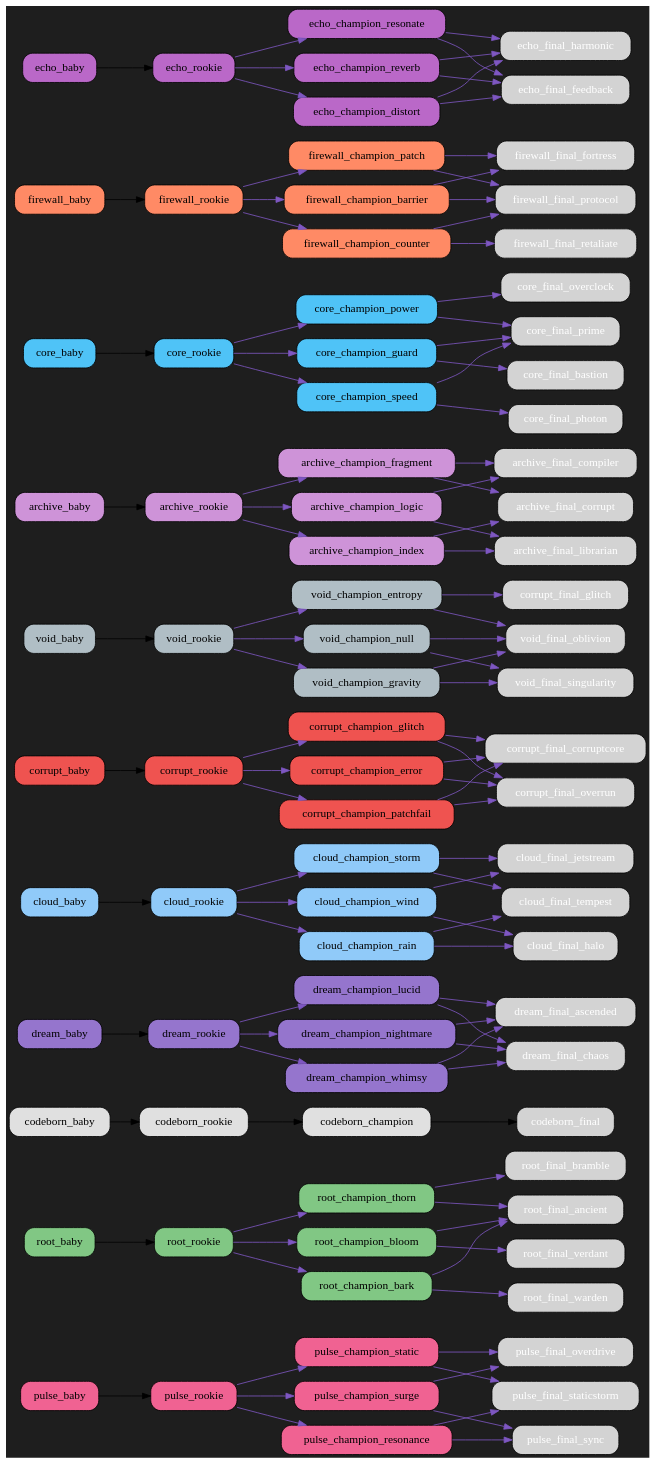
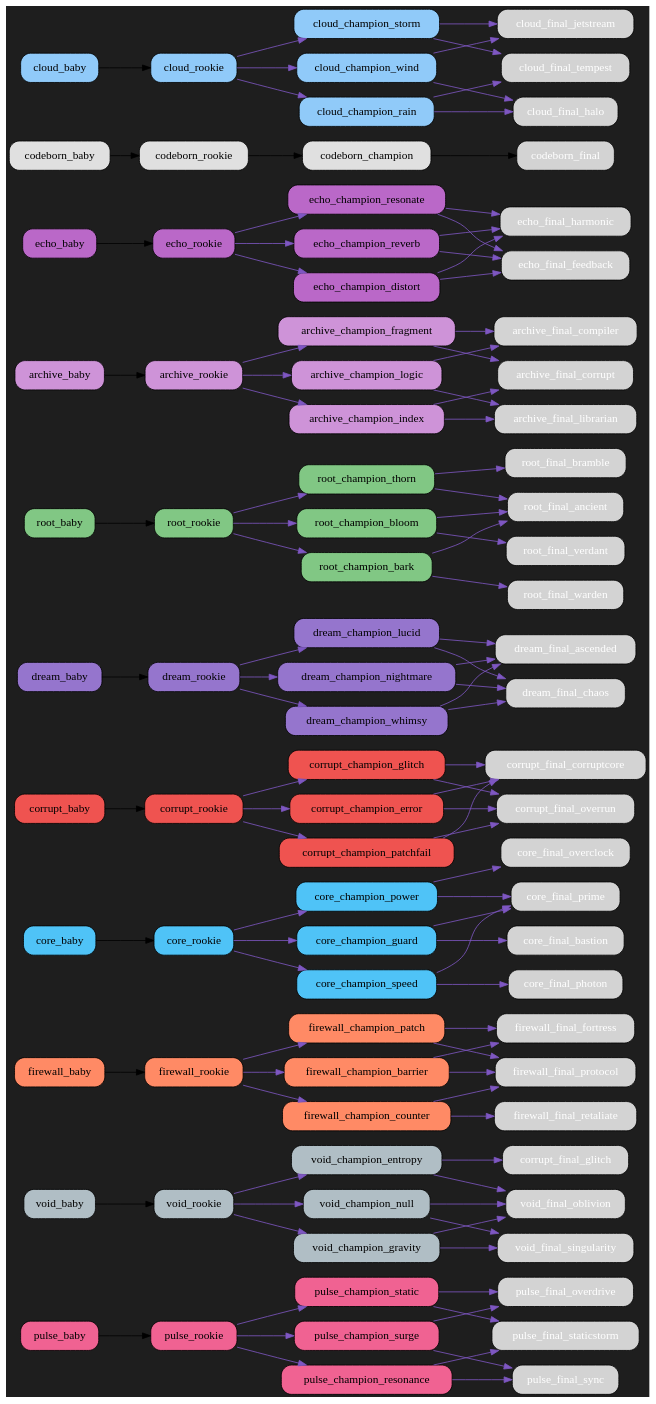
Before and after one commit to bwlight/NetGrid: the diagram in src/netgrid/systems/evolution/graphs/dark/evolution_graph_dark.dot, drawn with Graphviz. The commit also changed other lines of this file and 8 other files, not shown here.

Commit message:
Auto-update evolution graphs

```diff
--- a/src/netgrid/systems/evolution/graphs/dark/evolution_graph_dark.dot
+++ b/src/netgrid/systems/evolution/graphs/dark/evolution_graph_dark.dot
@@ -17,6 +17,81 @@
   "pulse_champion_static" [fillcolor="#f06292", fontcolor="black"];
   "pulse_champion_static" -> "pulse_final_staticstorm" [color="#7e57c2"];
   "pulse_champion_static" -> "pulse_final_overdrive" [color="#7e57c2"];
+  "void_baby" [fillcolor="#b0bec5", fontcolor="black"];
+  "void_baby" -> "void_rookie";
+  "void_rookie" [fillcolor="#b0bec5", fontcolor="black"];
+  "void_rookie" -> "void_champion_entropy" [color="#7e57c2"];
+  "void_rookie" -> "void_champion_gravity" [color="#7e57c2"];
+  "void_rookie" -> "void_champion_null" [color="#7e57c2"];
+  "void_champion_entropy" [fillcolor="#b0bec5", fontcolor="black"];
+  "void_champion_entropy" -> "corrupt_final_glitch" [color="#7e57c2"];
+  "void_champion_entropy" -> "void_final_oblivion" [color="#7e57c2"];
+  "void_champion_gravity" [fillcolor="#b0bec5", fontcolor="black"];
+  "void_champion_gravity" -> "void_final_singularity" [color="#7e57c2"];
+  "void_champion_gravity" -> "void_final_oblivion" [color="#7e57c2"];
+  "void_champion_null" [fillcolor="#b0bec5", fontcolor="black"];
+  "void_champion_null" -> "void_final_oblivion" [color="#7e57c2"];
+  "void_champion_null" -> "void_final_singularity" [color="#7e57c2"];
+  "firewall_baby" [fillcolor="#ff8a65", fontcolor="black"];
+  "firewall_baby" -> "firewall_rookie";
+  "firewall_rookie" [fillcolor="#ff8a65", fontcolor="black"];
+  "firewall_rookie" -> "firewall_champion_barrier" [color="#7e57c2"];
+  "firewall_rookie" -> "firewall_champion_counter" [color="#7e57c2"];
+  "firewall_rookie" -> "firewall_champion_patch" [color="#7e57c2"];
+  "firewall_champion_barrier" [fillcolor="#ff8a65", fontcolor="black"];
+  "firewall_champion_barrier" -> "firewall_final_fortress" [color="#7e57c2"];
+  "firewall_champion_barrier" -> "firewall_final_protocol" [color="#7e57c2"];
+  "firewall_champion_counter" [fillcolor="#ff8a65", fontcolor="black"];
+  "firewall_champion_counter" -> "firewall_final_retaliate" [color="#7e57c2"];
+  "firewall_champion_counter" -> "firewall_final_protocol" [color="#7e57c2"];
+  "firewall_champion_patch" [fillcolor="#ff8a65", fontcolor="black"];
+  "firewall_champion_patch" -> "firewall_final_protocol" [color="#7e57c2"];
+  "firewall_champion_patch" -> "firewall_final_fortress" [color="#7e57c2"];
+  "core_baby" [fillcolor="#4fc3f7", fontcolor="black"];
+  "core_baby" -> "core_rookie";
+  "core_rookie" [fillcolor="#4fc3f7", fontcolor="black"];
+  "core_rookie" -> "core_champion_power" [color="#7e57c2"];
+  "core_rookie" -> "core_champion_guard" [color="#7e57c2"];
+  "core_rookie" -> "core_champion_speed" [color="#7e57c2"];
+  "core_champion_power" [fillcolor="#4fc3f7", fontcolor="black"];
+  "core_champion_power" -> "core_final_overclock" [color="#7e57c2"];
+  "core_champion_power" -> "core_final_prime" [color="#7e57c2"];
+  "core_champion_guard" [fillcolor="#4fc3f7", fontcolor="black"];
+  "core_champion_guard" -> "core_final_bastion" [color="#7e57c2"];
+  "core_champion_guard" -> "core_final_prime" [color="#7e57c2"];
+  "core_champion_speed" [fillcolor="#4fc3f7", fontcolor="black"];
+  "core_champion_speed" -> "core_final_photon" [color="#7e57c2"];
+  "core_champion_speed" -> "core_final_prime" [color="#7e57c2"];
+  "corrupt_baby" [fillcolor="#ef5350", fontcolor="black"];
+  "corrupt_baby" -> "corrupt_rookie";
+  "corrupt_rookie" [fillcolor="#ef5350", fontcolor="black"];
+  "corrupt_rookie" -> "corrupt_champion_glitch" [color="#7e57c2"];
+  "corrupt_rookie" -> "corrupt_champion_error" [color="#7e57c2"];
+  "corrupt_rookie" -> "corrupt_champion_patchfail" [color="#7e57c2"];
+  "corrupt_champion_glitch" [fillcolor="#ef5350", fontcolor="black"];
+  "corrupt_champion_glitch" -> "corrupt_final_corruptcore" [color="#7e57c2"];
+  "corrupt_champion_glitch" -> "corrupt_final_overrun" [color="#7e57c2"];
+  "corrupt_champion_error" [fillcolor="#ef5350", fontcolor="black"];
+  "corrupt_champion_error" -> "corrupt_final_overrun" [color="#7e57c2"];
+  "corrupt_champion_error" -> "corrupt_final_corruptcore" [color="#7e57c2"];
+  "corrupt_champion_patchfail" [fillcolor="#ef5350", fontcolor="black"];
+  "corrupt_champion_patchfail" -> "corrupt_final_corruptcore" [color="#7e57c2"];
+  "corrupt_champion_patchfail" -> "corrupt_final_overrun" [color="#7e57c2"];
+  "dream_baby" [fillcolor="#9575cd", fontcolor="black"];
+  "dream_baby" -> "dream_rookie";
+  "dream_rookie" [fillcolor="#9575cd", fontcolor="black"];
+  "dream_rookie" -> "dream_champion_lucid" [color="#7e57c2"];
+  "dream_rookie" -> "dream_champion_nightmare" [color="#7e57c2"];
+  "dream_rookie" -> "dream_champion_whimsy" [color="#7e57c2"];
+  "dream_champion_lucid" [fillcolor="#9575cd", fontcolor="black"];
+  "dream_champion_lucid" -> "dream_final_ascended" [color="#7e57c2"];
+  "dream_champion_lucid" -> "dream_final_chaos" [color="#7e57c2"];
+  "dream_champion_nightmare" [fillcolor="#9575cd", fontcolor="black"];
+  "dream_champion_nightmare" -> "dream_final_chaos" [color="#7e57c2"];
+  "dream_champion_nightmare" -> "dream_final_ascended" [color="#7e57c2"];
+  "dream_champion_whimsy" [fillcolor="#9575cd", fontcolor="black"];
+  "dream_champion_whimsy" -> "dream_final_ascended" [color="#7e57c2"];
+  "dream_champion_whimsy" -> "dream_final_chaos" [color="#7e57c2"];
   "root_baby" [fillcolor="#81c784", fontcolor="black"];
   "root_baby" -> "root_rookie";
   "root_rookie" [fillcolor="#81c784", fontcolor="black"];
@@ -32,27 +107,42 @@
   "root_champion_bark" [fillcolor="#81c784", fontcolor="black"];
   "root_champion_bark" -> "root_final_warden" [color="#7e57c2"];
   "root_champion_bark" -> "root_final_ancient" [color="#7e57c2"];
+  "archive_baby" [fillcolor="#ce93d8", fontcolor="black"];
+  "archive_baby" -> "archive_rookie";
+  "archive_rookie" [fillcolor="#ce93d8", fontcolor="black"];
+  "archive_rookie" -> "archive_champion_logic" [color="#7e57c2"];
+  "archive_rookie" -> "archive_champion_index" [color="#7e57c2"];
+  "archive_rookie" -> "archive_champion_fragment" [color="#7e57c2"];
+  "archive_champion_logic" [fillcolor="#ce93d8", fontcolor="black"];
+  "archive_champion_logic" -> "archive_final_compiler" [color="#7e57c2"];
+  "archive_champion_logic" -> "archive_final_librarian" [color="#7e57c2"];
+  "archive_champion_index" [fillcolor="#ce93d8", fontcolor="black"];
+  "archive_champion_index" -> "archive_final_librarian" [color="#7e57c2"];
+  "archive_champion_index" -> "archive_final_corrupt" [color="#7e57c2"];
+  "archive_champion_fragment" [fillcolor="#ce93d8", fontcolor="black"];
+  "archive_champion_fragment" -> "archive_final_corrupt" [color="#7e57c2"];
+  "archive_champion_fragment" -> "archive_final_compiler" [color="#7e57c2"];
+  "echo_baby" [fillcolor="#ba68c8", fontcolor="black"];
+  "echo_baby" -> "echo_rookie";
+  "echo_rookie" [fillcolor="#ba68c8", fontcolor="black"];
+  "echo_rookie" -> "echo_champion_resonate" [color="#7e57c2"];
+  "echo_rookie" -> "echo_champion_reverb" [color="#7e57c2"];
+  "echo_rookie" -> "echo_champion_distort" [color="#7e57c2"];
+  "echo_champion_resonate" [fillcolor="#ba68c8", fontcolor="black"];
+  "echo_champion_resonate" -> "echo_final_harmonic" [color="#7e57c2"];
+  "echo_champion_resonate" -> "echo_final_feedback" [color="#7e57c2"];
+  "echo_champion_reverb" [fillcolor="#ba68c8", fontcolor="black"];
+  "echo_champion_reverb" -> "echo_final_feedback" [color="#7e57c2"];
+  "echo_champion_reverb" -> "echo_final_harmonic" [color="#7e57c2"];
+  "echo_champion_distort" [fillcolor="#ba68c8", fontcolor="black"];
+  "echo_champion_distort" -> "echo_final_feedback" [color="#7e57c2"];
+  "echo_champion_distort" -> "echo_final_harmonic" [color="#7e57c2"];
   "codeborn_baby" [fillcolor="#e0e0e0", fontcolor="black"];
   "codeborn_baby" -> "codeborn_rookie";
   "codeborn_rookie" [fillcolor="#e0e0e0", fontcolor="black"];
   "codeborn_rookie" -> "codeborn_champion";
   "codeborn_champion" [fillcolor="#e0e0e0", fontcolor="black"];
   "codeborn_champion" -> "codeborn_final";
-  "dream_baby" [fillcolor="#9575cd", fontcolor="black"];
-  "dream_baby" -> "dream_rookie";
-  "dream_rookie" [fillcolor="#9575cd", fontcolor="black"];
-  "dream_rookie" -> "dream_champion_lucid" [color="#7e57c2"];
-  "dream_rookie" -> "dream_champion_nightmare" [color="#7e57c2"];
-  "dream_rookie" -> "dream_champion_whimsy" [color="#7e57c2"];
-  "dream_champion_lucid" [fillcolor="#9575cd", fontcolor="black"];
-  "dream_champion_lucid" -> "dream_final_ascended" [color="#7e57c2"];
-  "dream_champion_lucid" -> "dream_final_chaos" [color="#7e57c2"];
-  "dream_champion_nightmare" [fillcolor="#9575cd", fontcolor="black"];
-  "dream_champion_nightmare" -> "dream_final_chaos" [color="#7e57c2"];
-  "dream_champion_nightmare" -> "dream_final_ascended" [color="#7e57c2"];
-  "dream_champion_whimsy" [fillcolor="#9575cd", fontcolor="black"];
-  "dream_champion_whimsy" -> "dream_final_ascended" [color="#7e57c2"];
-  "dream_champion_whimsy" -> "dream_final_chaos" [color="#7e57c2"];
   "cloud_baby" [fillcolor="#90caf9", fontcolor="black"];
   "cloud_baby" -> "cloud_rookie";
   "cloud_rookie" [fillcolor="#90caf9", fontcolor="black"];
@@ -68,94 +158,4 @@
   "cloud_champion_storm" [fillcolor="#90caf9", fontcolor="black"];
   "cloud_champion_storm" -> "cloud_final_tempest" [color="#7e57c2"];
   "cloud_champion_storm" -> "cloud_final_jetstream" [color="#7e57c2"];
-  "corrupt_baby" [fillcolor="#ef5350", fontcolor="black"];
-  "corrupt_baby" -> "corrupt_rookie";
-  "corrupt_rookie" [fillcolor="#ef5350", fontcolor="black"];
-  "corrupt_rookie" -> "corrupt_champion_glitch" [color="#7e57c2"];
-  "corrupt_rookie" -> "corrupt_champion_error" [color="#7e57c2"];
-  "corrupt_rookie" -> "corrupt_champion_patchfail" [color="#7e57c2"];
-  "corrupt_champion_glitch" [fillcolor="#ef5350", fontcolor="black"];
-  "corrupt_champion_glitch" -> "corrupt_final_corruptcore" [color="#7e57c2"];
-  "corrupt_champion_glitch" -> "corrupt_final_overrun" [color="#7e57c2"];
-  "corrupt_champion_error" [fillcolor="#ef5350", fontcolor="black"];
-  "corrupt_champion_error" -> "corrupt_final_overrun" [color="#7e57c2"];
-  "corrupt_champion_error" -> "corrupt_final_corruptcore" [color="#7e57c2"];
-  "corrupt_champion_patchfail" [fillcolor="#ef5350", fontcolor="black"];
-  "corrupt_champion_patchfail" -> "corrupt_final_corruptcore" [color="#7e57c2"];
-  "corrupt_champion_patchfail" -> "corrupt_final_overrun" [color="#7e57c2"];
-  "void_baby" [fillcolor="#b0bec5", fontcolor="black"];
-  "void_baby" -> "void_rookie";
-  "void_rookie" [fillcolor="#b0bec5", fontcolor="black"];
-  "void_rookie" -> "void_champion_entropy" [color="#7e57c2"];
-  "void_rookie" -> "void_champion_gravity" [color="#7e57c2"];
-  "void_rookie" -> "void_champion_null" [color="#7e57c2"];
-  "void_champion_entropy" [fillcolor="#b0bec5", fontcolor="black"];
-  "void_champion_entropy" -> "corrupt_final_glitch" [color="#7e57c2"];
-  "void_champion_entropy" -> "void_final_oblivion" [color="#7e57c2"];
-  "void_champion_gravity" [fillcolor="#b0bec5", fontcolor="black"];
-  "void_champion_gravity" -> "void_final_singularity" [color="#7e57c2"];
-  "void_champion_gravity" -> "void_final_oblivion" [color="#7e57c2"];
-  "void_champion_null" [fillcolor="#b0bec5", fontcolor="black"];
-  "void_champion_null" -> "void_final_oblivion" [color="#7e57c2"];
-  "void_champion_null" -> "void_final_singularity" [color="#7e57c2"];
-  "archive_baby" [fillcolor="#ce93d8", fontcolor="black"];
-  "archive_baby" -> "archive_rookie";
-  "archive_rookie" [fillcolor="#ce93d8", fontcolor="black"];
-  "archive_rookie" -> "archive_champion_logic" [color="#7e57c2"];
-  "archive_rookie" -> "archive_champion_index" [color="#7e57c2"];
-  "archive_rookie" -> "archive_champion_fragment" [color="#7e57c2"];
-  "archive_champion_logic" [fillcolor="#ce93d8", fontcolor="black"];
-  "archive_champion_logic" -> "archive_final_compiler" [color="#7e57c2"];
-  "archive_champion_logic" -> "archive_final_librarian" [color="#7e57c2"];
-  "archive_champion_index" [fillcolor="#ce93d8", fontcolor="black"];
-  "archive_champion_index" -> "archive_final_librarian" [color="#7e57c2"];
-  "archive_champion_index" -> "archive_final_corrupt" [color="#7e57c2"];
-  "archive_champion_fragment" [fillcolor="#ce93d8", fontcolor="black"];
-  "archive_champion_fragment" -> "archive_final_corrupt" [color="#7e57c2"];
-  "archive_champion_fragment" -> "archive_final_compiler" [color="#7e57c2"];
-  "core_baby" [fillcolor="#4fc3f7", fontcolor="black"];
-  "core_baby" -> "core_rookie";
-  "core_rookie" [fillcolor="#4fc3f7", fontcolor="black"];
-  "core_rookie" -> "core_champion_power" [color="#7e57c2"];
-  "core_rookie" -> "core_champion_guard" [color="#7e57c2"];
-  "core_rookie" -> "core_champion_speed" [color="#7e57c2"];
-  "core_champion_power" [fillcolor="#4fc3f7", fontcolor="black"];
-  "core_champion_power" -> "core_final_overclock" [color="#7e57c2"];
-  "core_champion_power" -> "core_final_prime" [color="#7e57c2"];
-  "core_champion_guard" [fillcolor="#4fc3f7", fontcolor="black"];
-  "core_champion_guard" -> "core_final_bastion" [color="#7e57c2"];
-  "core_champion_guard" -> "core_final_prime" [color="#7e57c2"];
-  "core_champion_speed" [fillcolor="#4fc3f7", fontcolor="black"];
-  "core_champion_speed" -> "core_final_photon" [color="#7e57c2"];
-  "core_champion_speed" -> "core_final_prime" [color="#7e57c2"];
-  "firewall_baby" [fillcolor="#ff8a65", fontcolor="black"];
-  "firewall_baby" -> "firewall_rookie";
-  "firewall_rookie" [fillcolor="#ff8a65", fontcolor="black"];
-  "firewall_rookie" -> "firewall_champion_barrier" [color="#7e57c2"];
-  "firewall_rookie" -> "firewall_champion_counter" [color="#7e57c2"];
-  "firewall_rookie" -> "firewall_champion_patch" [color="#7e57c2"];
-  "firewall_champion_barrier" [fillcolor="#ff8a65", fontcolor="black"];
-  "firewall_champion_barrier" -> "firewall_final_fortress" [color="#7e57c2"];
-  "firewall_champion_barrier" -> "firewall_final_protocol" [color="#7e57c2"];
-  "firewall_champion_counter" [fillcolor="#ff8a65", fontcolor="black"];
-  "firewall_champion_counter" -> "firewall_final_retaliate" [color="#7e57c2"];
-  "firewall_champion_counter" -> "firewall_final_protocol" [color="#7e57c2"];
-  "firewall_champion_patch" [fillcolor="#ff8a65", fontcolor="black"];
-  "firewall_champion_patch" -> "firewall_final_protocol" [color="#7e57c2"];
-  "firewall_champion_patch" -> "firewall_final_fortress" [color="#7e57c2"];
-  "echo_baby" [fillcolor="#ba68c8", fontcolor="black"];
-  "echo_baby" -> "echo_rookie";
-  "echo_rookie" [fillcolor="#ba68c8", fontcolor="black"];
-  "echo_rookie" -> "echo_champion_resonate" [color="#7e57c2"];
-  "echo_rookie" -> "echo_champion_reverb" [color="#7e57c2"];
-  "echo_rookie" -> "echo_champion_distort" [color="#7e57c2"];
-  "echo_champion_resonate" [fillcolor="#ba68c8", fontcolor="black"];
-  "echo_champion_resonate" -> "echo_final_harmonic" [color="#7e57c2"];
-  "echo_champion_resonate" -> "echo_final_feedback" [color="#7e57c2"];
-  "echo_champion_reverb" [fillcolor="#ba68c8", fontcolor="black"];
-  "echo_champion_reverb" -> "echo_final_feedback" [color="#7e57c2"];
-  "echo_champion_reverb" -> "echo_final_harmonic" [color="#7e57c2"];
-  "echo_champion_distort" [fillcolor="#ba68c8", fontcolor="black"];
-  "echo_champion_distort" -> "echo_final_feedback" [color="#7e57c2"];
-  "echo_champion_distort" -> "echo_final_harmonic" [color="#7e57c2"];
 }
```
